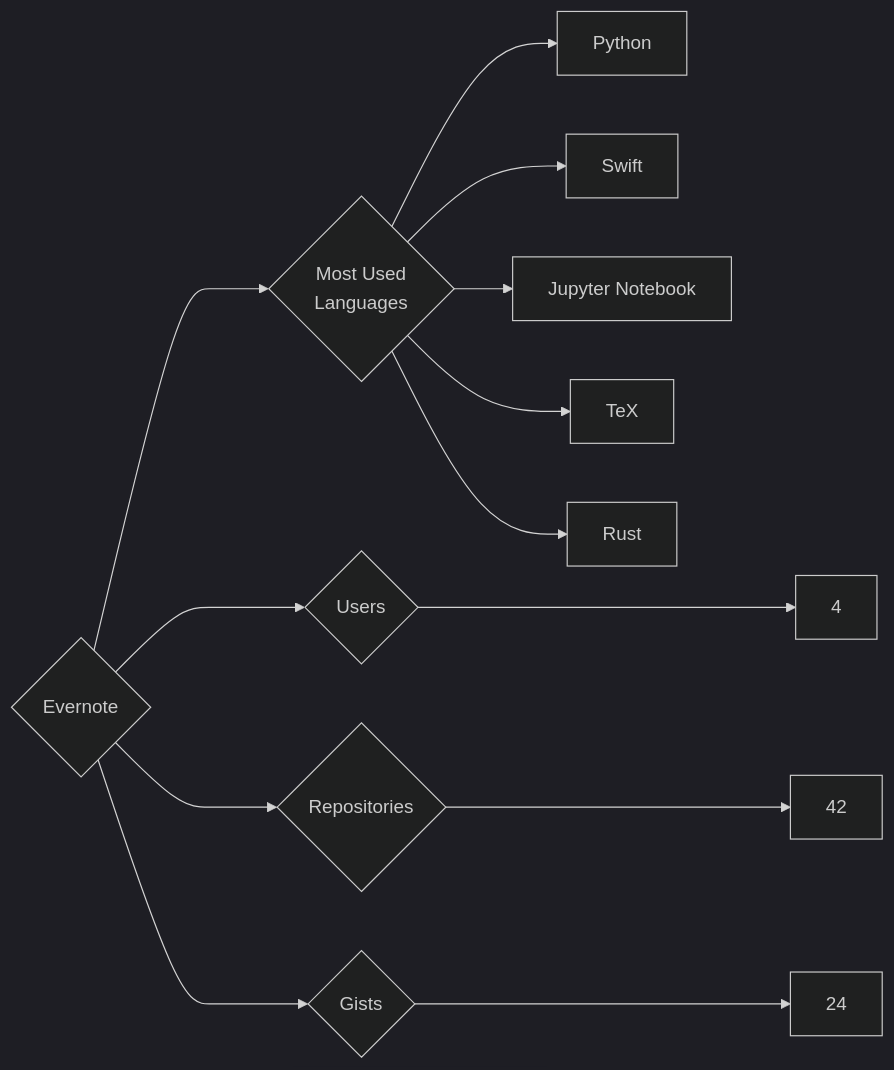
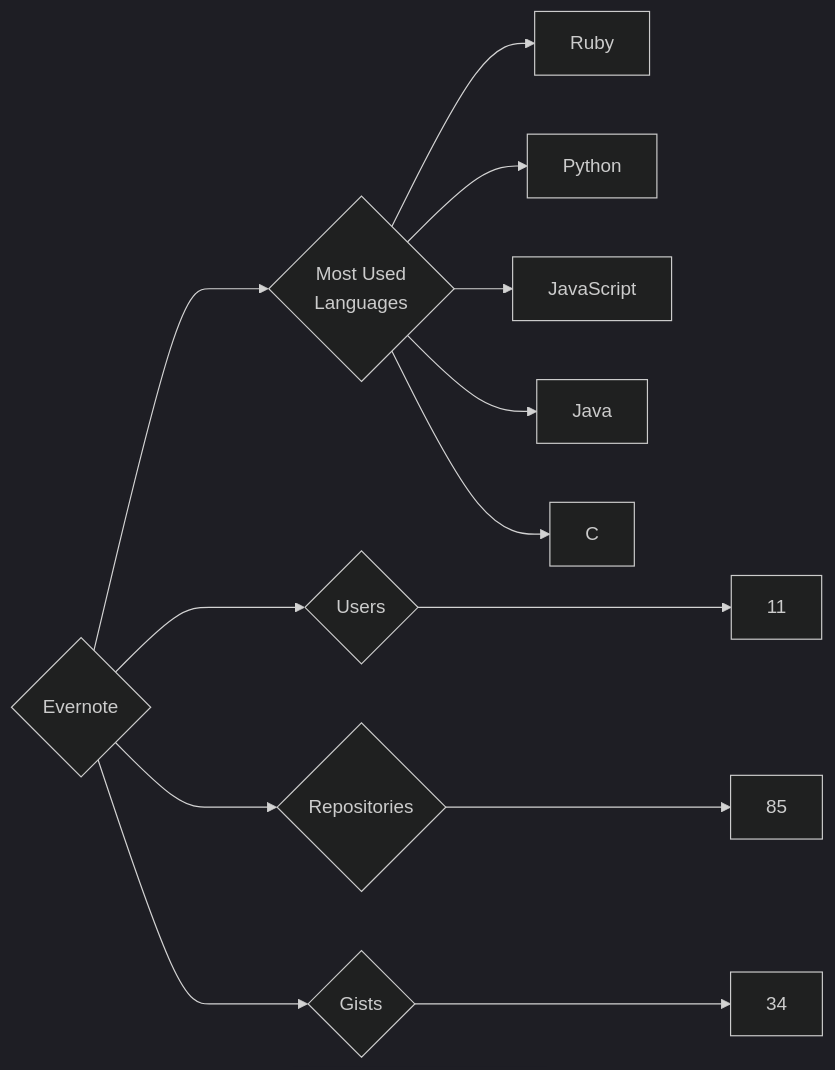
Before and after one commit to trickest/insiders: the diagram in targets/Evernote/README.md, drawn with Mermaid (dark theme). The commit also changed 1314 other files, not shown here.

````diff
--- a/targets/Evernote/README.md
+++ b/targets/Evernote/README.md
@@ -3,13 +3,13 @@
 ```mermaid
 graph LR
 COMPANY_NAME{Evernote}
-COMPANY_NAME ---> U{Users} ---> UN[4]
-COMPANY_NAME ---> R{Repositories} ---> RN[42]
-COMPANY_NAME ---> G{Gists} ---> GN[24]
+COMPANY_NAME ---> U{Users} ---> UN[11]
+COMPANY_NAME ---> R{Repositories} ---> RN[85]
+COMPANY_NAME ---> G{Gists} ---> GN[34]
 COMPANY_NAME ---> ML{Most Used<br>Languages}
+ML --> Ruby[Ruby]
 ML --> Python[Python]
-ML --> Swift[Swift]
-ML --> Jupyter_Notebook[Jupyter Notebook]
-ML --> TeX[TeX]
-ML --> Rust[Rust]
+ML --> JavaScript[JavaScript]
+ML --> Java[Java]
+ML --> C[C]
 ```
````
